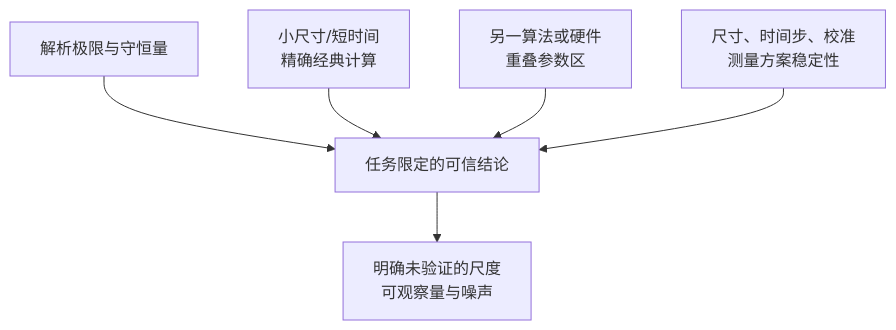
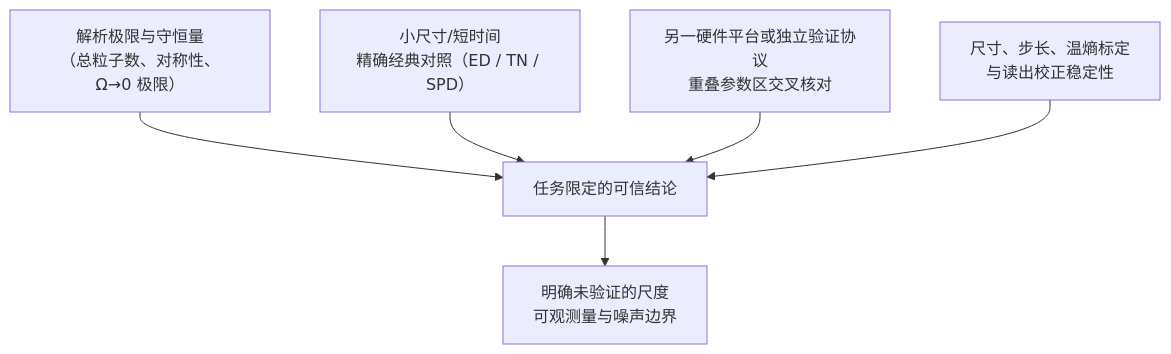
One commit to nanless/quantum-computing-handbook changed the second of 3 diagrams in handbook/17-computation-models.md. Above: the diagram before and after it, drawn with Mermaid. The commit also changed other lines of this file and 386 other files, not shown here.

````diff
--- a/handbook/17-computation-models.md
+++ b/handbook/17-computation-models.md
@@ -382,8 +1249,8 @@
 ```mermaid
 flowchart TB
-  A[解析极限与守恒量] --> E[任务限定的可信结论]
-  B["小尺寸/短时间<br/>精确经典计算"] --> E
-  C["另一算法或硬件<br/>重叠参数区"] --> E
-  D["尺寸、时间步、校准<br/>测量方案稳定性"] --> E
-  E --> F["明确未验证的尺度<br/>可观察量与噪声"]
+  A["解析极限与守恒量<br/>（总粒子数、对称性、Ω→0 极限）"] --> E["任务限定的可信结论"]
+  B["小尺寸/短时间<br/>精确经典对照（ED / TN / SPD）"] --> E
+  C["另一硬件平台或独立验证协议<br/>重叠参数区交叉核对"] --> E
+  D["尺寸、步长、温熵标定<br/>与读出校正稳定性"] --> E
+  E --> F["明确未验证的尺度<br/>可观测量与噪声边界"]
 ```
````
